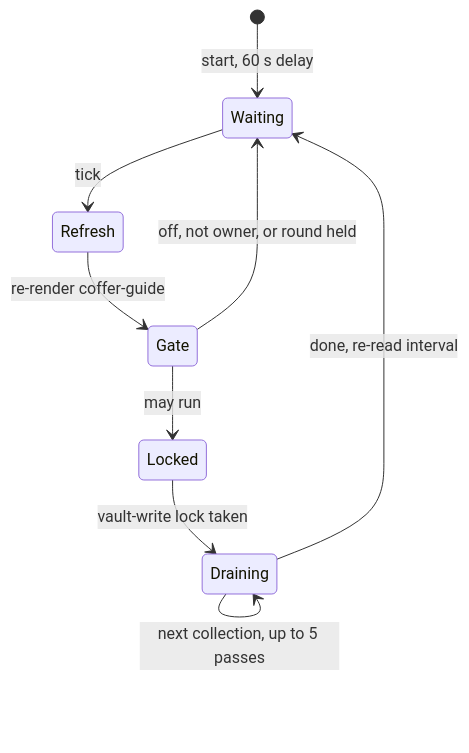
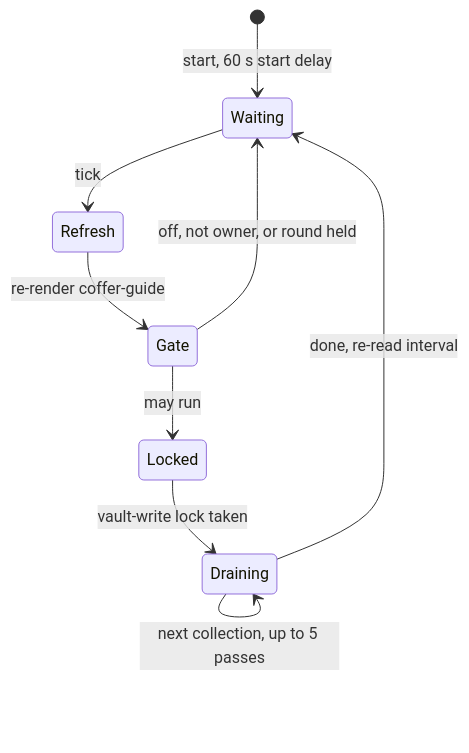
The third of 3 diagrams in docs-site/architecture/knowledge.md (wyx-sg/Coffer), drawn with Mermaid before and after one commit. The commit also changed other lines of this file and 7 other files, not shown here.

````diff
--- a/docs-site/architecture/knowledge.md
+++ b/docs-site/architecture/knowledge.md
@@ -267,11 +267,11 @@
 ```mermaid
 stateDiagram-v2
-  [*] --> Waiting: start, 60 s delay
+  [*] --> Waiting: start, 60 s start delay
   Waiting --> Refresh: tick
   Refresh --> Gate: re-render coffer-guide
   Gate --> Waiting: off, not owner, or round held
   Gate --> Locked: may run
   Locked --> Draining: vault-write lock taken
   Draining --> Draining: next collection, up to 5 passes
   Draining --> Waiting: done, re-read interval
 ```
````
